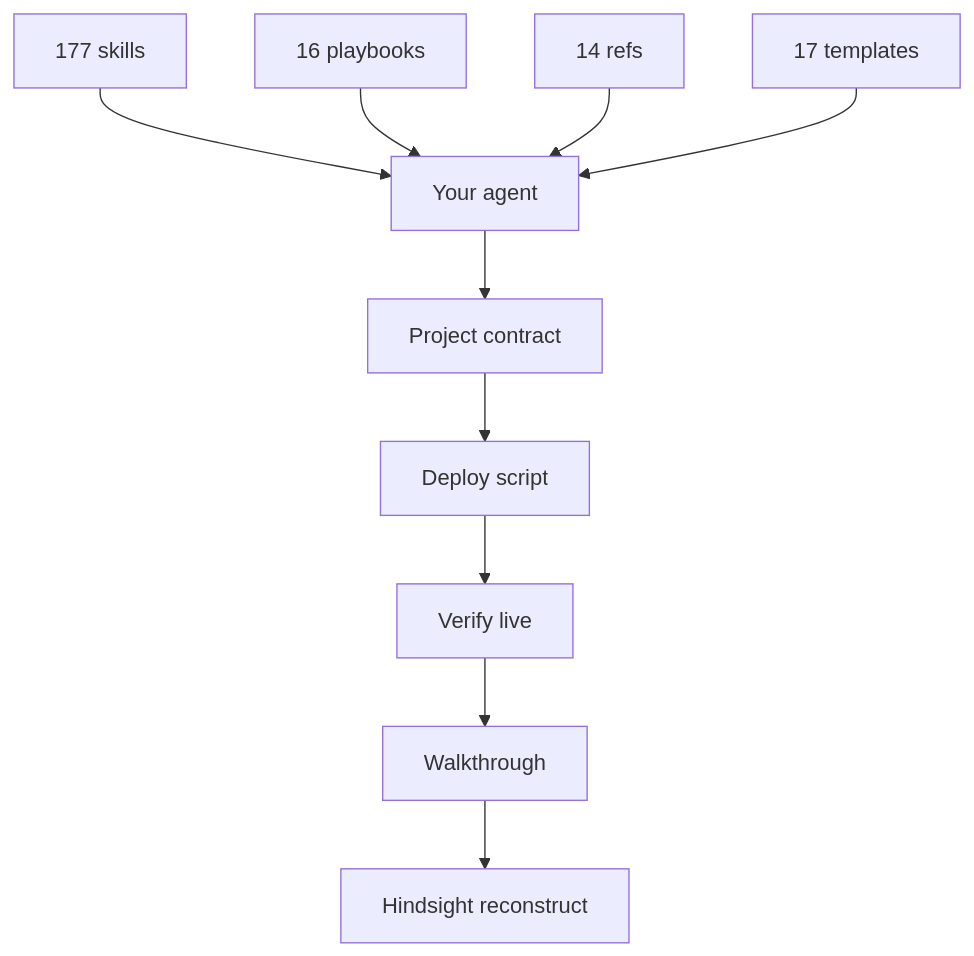
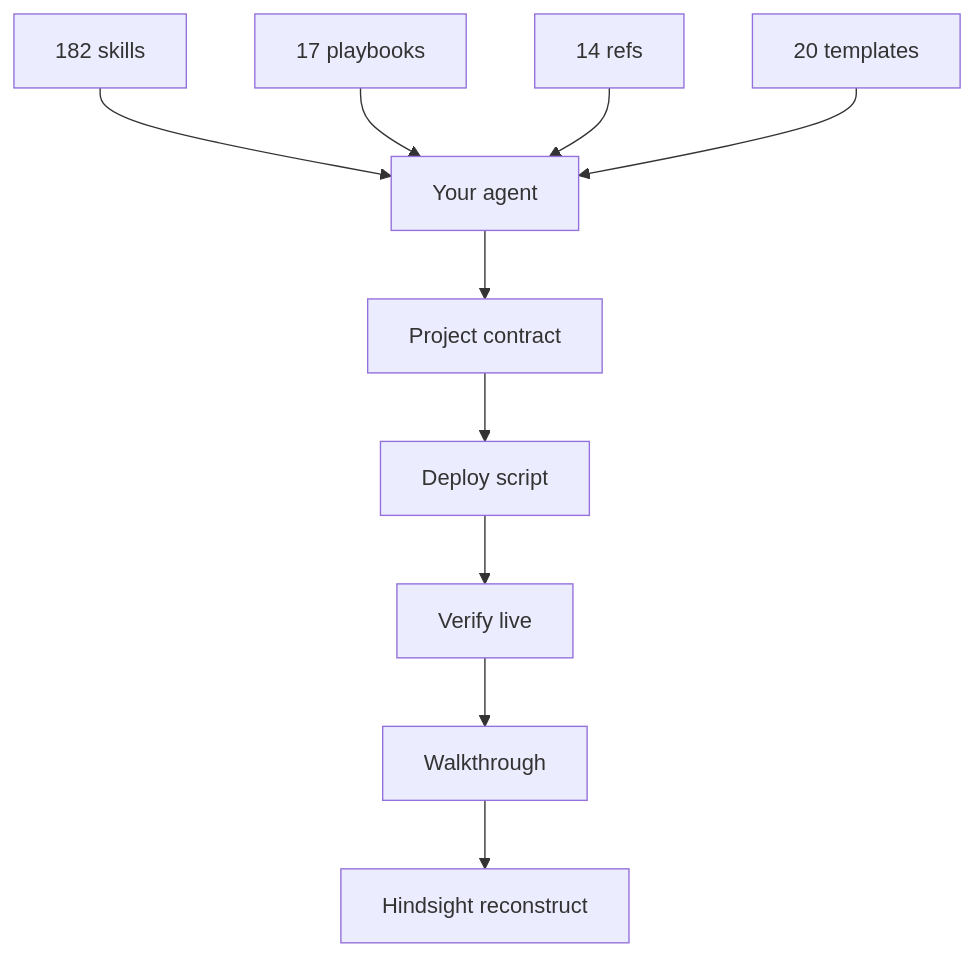
One commit to Nonarkara/dr-non-vibecoding-skills changed the third of 3 diagrams in README.md. Above: the diagram before and after it, drawn with Mermaid. The commit also changed other lines of this file and 25 other files, not shown here.

````diff
--- a/README.md
+++ b/README.md
@@ -462,12 +484,12 @@
 ```mermaid
 flowchart TB
-  S["177 skills"] --> A["Your agent"]
-  P["16 playbooks"] --> A
+  S["182 skills"] --> A["Your agent"]
+  P["17 playbooks"] --> A
   R["14 refs"] --> A
-  T["17 templates"] --> A
+  T["20 templates"] --> A
   A --> W["Project contract"]
   W --> D["Deploy script"]
   D --> V["Verify live"]
   V --> H["Walkthrough"]
   H --> L["Hindsight reconstruct"]
 ```
````
